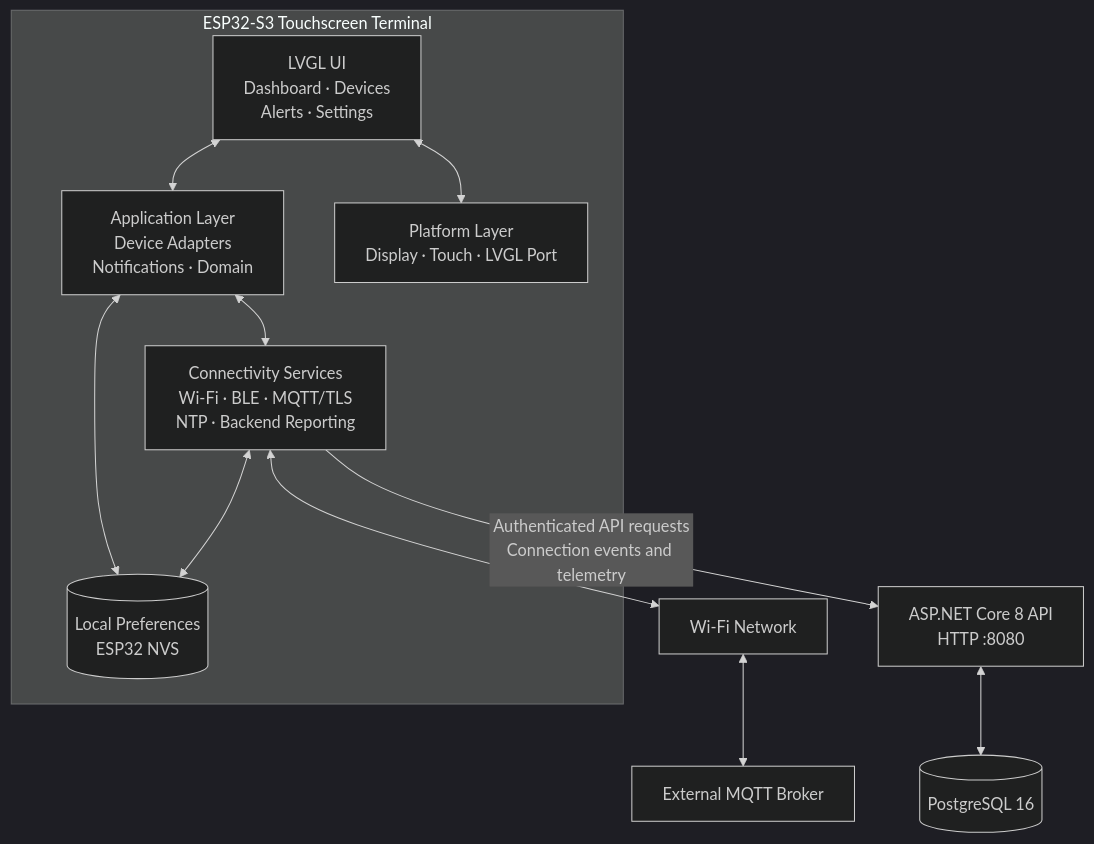
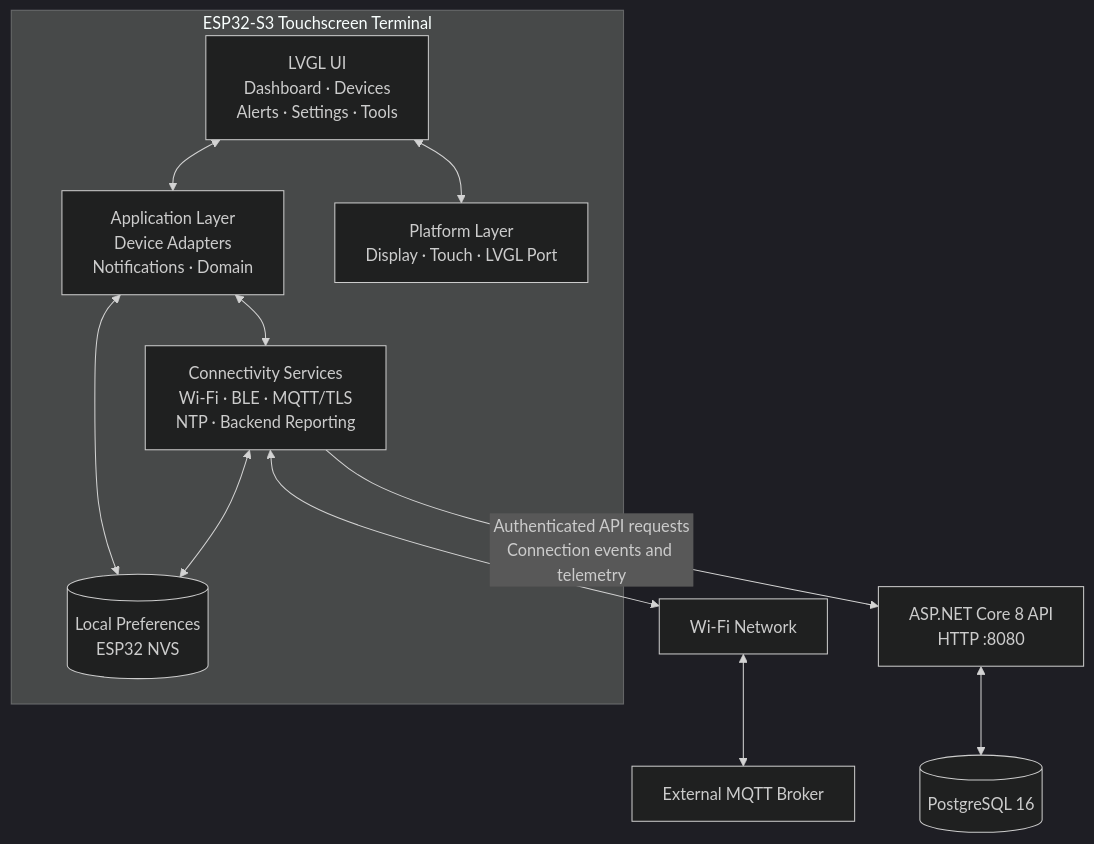
One commit to collinskimcie/IoT-Commander-Dashboard changed the diagram in README.md. Above: the diagram before and after it, drawn with Mermaid (dark theme). The commit also changed other lines of this file, not shown here.

First line of the commit message:
Document server discovery, Tools page and developer tools

````diff
--- a/README.md
+++ b/README.md
@@ -34,26 +36,26 @@
 ```mermaid
 flowchart TB
     subgraph Device["ESP32-S3 Touchscreen Terminal"]
-        UI["LVGL UI<br/>Dashboard · Devices<br/>Alerts · Settings"]
+        UI["LVGL UI<br/>Dashboard · Devices<br/>Alerts · Settings · Tools"]
         APP["Application Layer<br/>Device Adapters<br/>Notifications · Domain"]
         CON["Connectivity Services<br/>Wi-Fi · BLE · MQTT/TLS<br/>NTP · Backend Reporting"]
         HAL["Platform Layer<br/>Display · Touch · LVGL Port"]
         STORE[("Local Preferences<br/>ESP32 NVS")]
 
         UI <--> APP
         APP <--> CON
         UI <--> HAL
         APP <--> STORE
         CON <--> STORE
     end
 
     WIFI["Wi-Fi Network"]
     MQTT["External MQTT Broker"]
     API["ASP.NET Core 8 API<br/>HTTP :8080"]
     DB[("PostgreSQL 16")]
 
     CON <--> WIFI
     WIFI <--> MQTT
     CON -->|"Authenticated API requests<br/>Connection events and telemetry"| API
     API <--> DB
 ```
````
